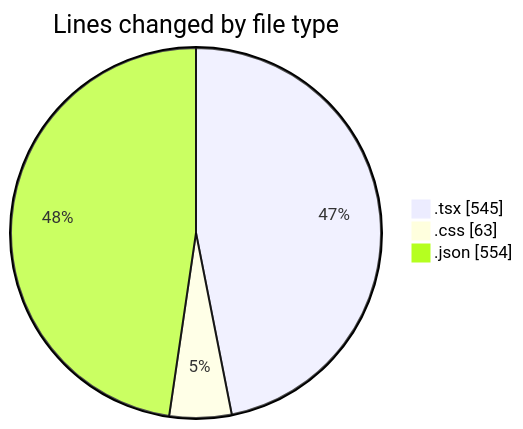
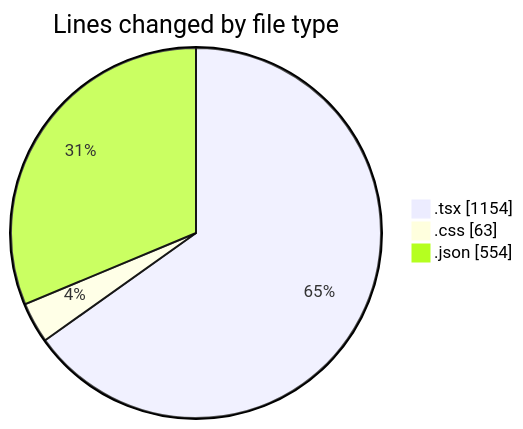
Before and after one commit to EIIisD/code-tracking: the first of 2 diagrams in 2025-08-04/tw-server/README.md, drawn with Mermaid. The commit also changed other lines of this file and 1 other file, not shown here.

````diff
--- a/2025-08-04/tw-server/README.md
+++ b/2025-08-04/tw-server/README.md
@@ -25,7 +25,7 @@
 ```mermaid
 pie showData
 title Lines changed by file type
-".tsx" : 545
+".tsx" : 1154
 ".css" : 63
 ".json" : 554
 ```
````
